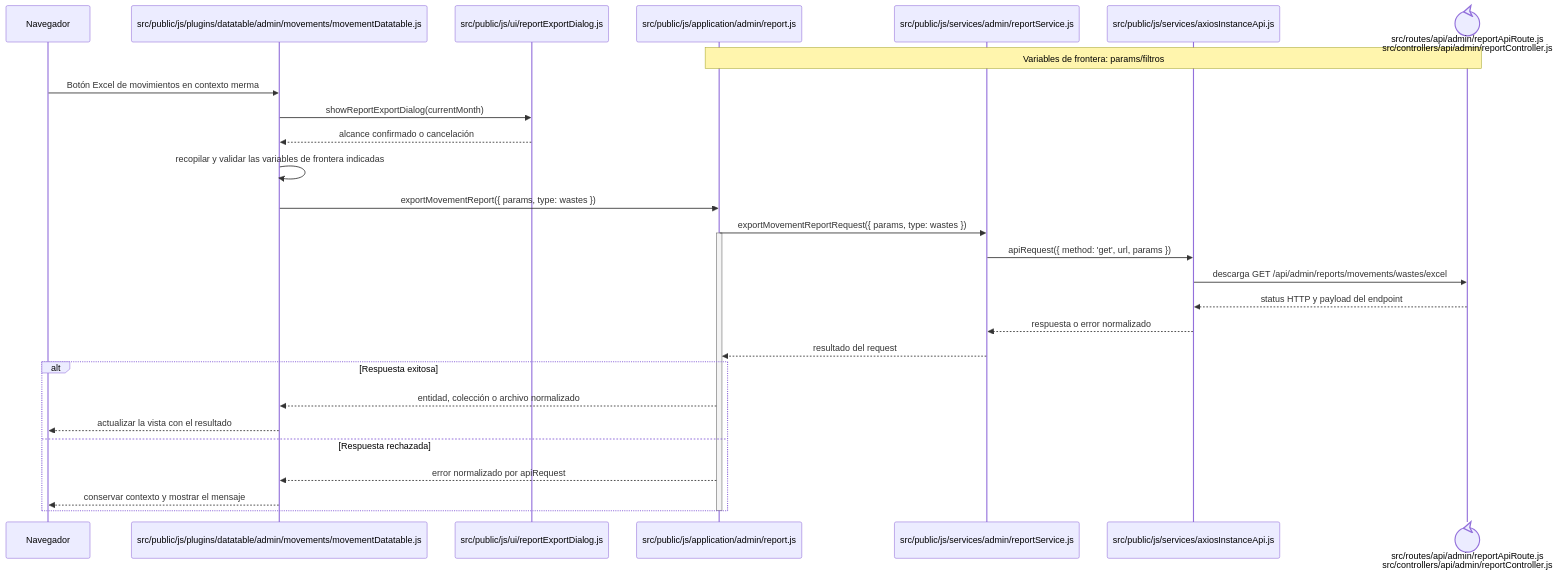
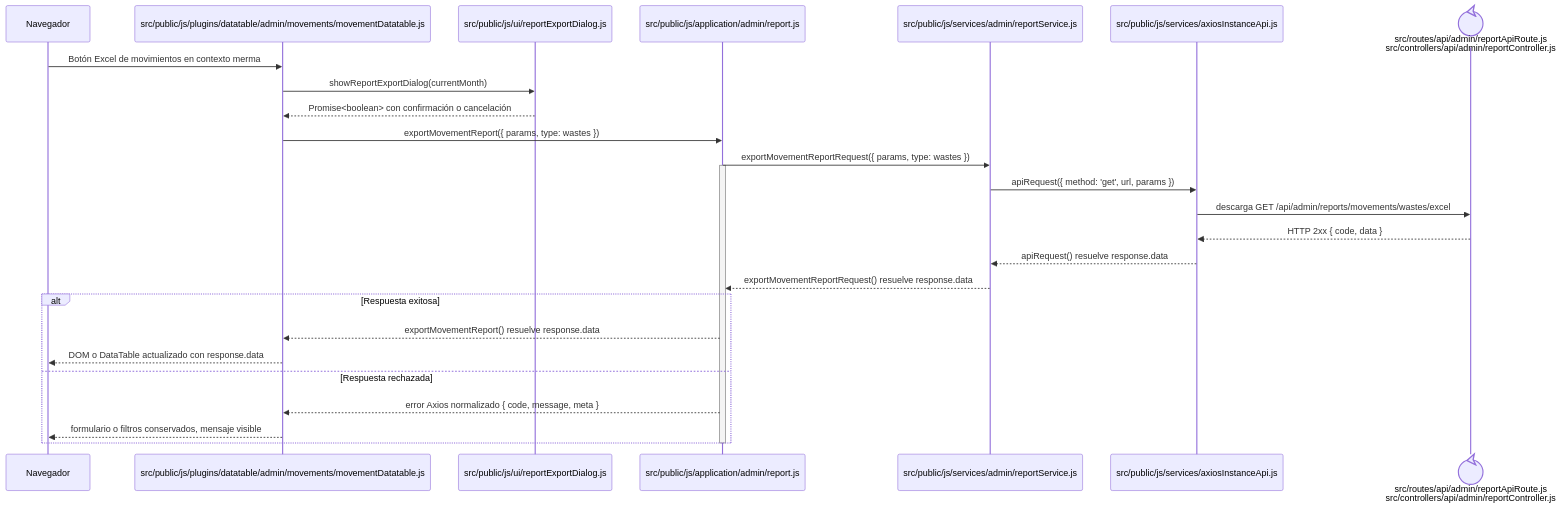
Before and after one commit to gpgsistemas01/nexus: the diagram in docs/architecture/frontend-code-sequences/catalogs/cu-alm-15.md, drawn with Mermaid. The commit also changed 148 other files, not shown here.

````diff
--- a/docs/architecture/frontend-code-sequences/catalogs/cu-alm-15.md
+++ b/docs/architecture/frontend-code-sequences/catalogs/cu-alm-15.md
@@ -6,32 +6,30 @@
 ```mermaid
 sequenceDiagram
     participant Browser as Navegador
     participant View as src/public/js/plugins/datatable/admin/movements/movementDatatable.js
     participant Dialog as src/public/js/ui/reportExportDialog.js
     participant Application as src/public/js/application/admin/report.js
     participant Request as src/public/js/services/admin/reportService.js
     participant HTTP as src/public/js/services/axiosInstanceApi.js
     participant Transport@{ "type": "control" } as src/routes/api/admin/reportApiRoute.js<br/>src/controllers/api/admin/reportController.js
-    Note over Application,Transport: Variables de frontera: params/filtros
 
     Browser->>View: Botón Excel de movimientos en contexto merma
     View->>Dialog: showReportExportDialog(currentMonth)
-    Dialog-->>View: alcance confirmado o cancelación
-    View->>View: recopilar y validar las variables de frontera indicadas
+    Dialog-->>View: Promise<boolean> con confirmación o cancelación
     View->>Application: exportMovementReport({ params, type: wastes })
     Application->>Request: exportMovementReportRequest({ params, type: wastes })
     activate Application
     Request->>HTTP: apiRequest({ method: 'get', url, params })
     HTTP->>Transport: descarga GET /api/admin/reports/movements/wastes/excel
-    Transport-->>HTTP: status HTTP y payload del endpoint
-    HTTP-->>Request: respuesta o error normalizado
-    Request-->>Application: resultado del request
+    Transport-->>HTTP: HTTP 2xx { code, data }
+    HTTP-->>Request: apiRequest() resuelve response.data
+    Request-->>Application: exportMovementReportRequest() resuelve response.data
     alt Respuesta exitosa
-        Application-->>View: entidad, colección o archivo normalizado
-        View-->>Browser: actualizar la vista con el resultado
+        Application-->>View: exportMovementReport() resuelve response.data
+        View-->>Browser: DOM o DataTable actualizado con response.data
     else Respuesta rechazada
-        Application-->>View: error normalizado por apiRequest
-        View-->>Browser: conservar contexto y mostrar el mensaje
+        Application-->>View: error Axios normalizado { code, message, meta }
+        View-->>Browser: formulario o filtros conservados, mensaje visible
     end
     deactivate Application
 ```
````
